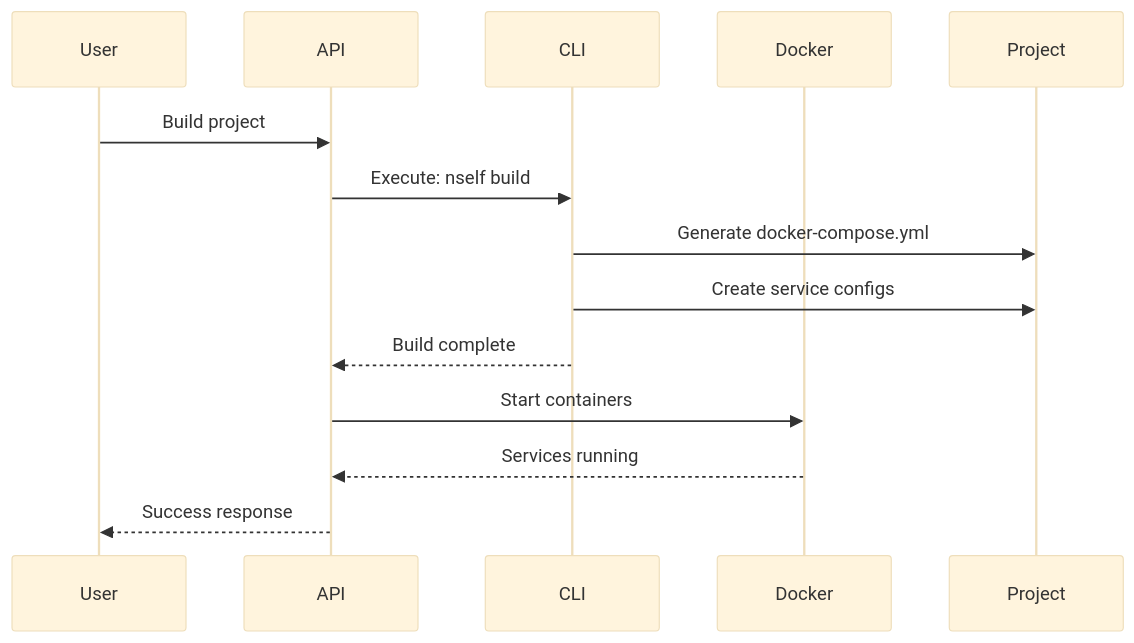
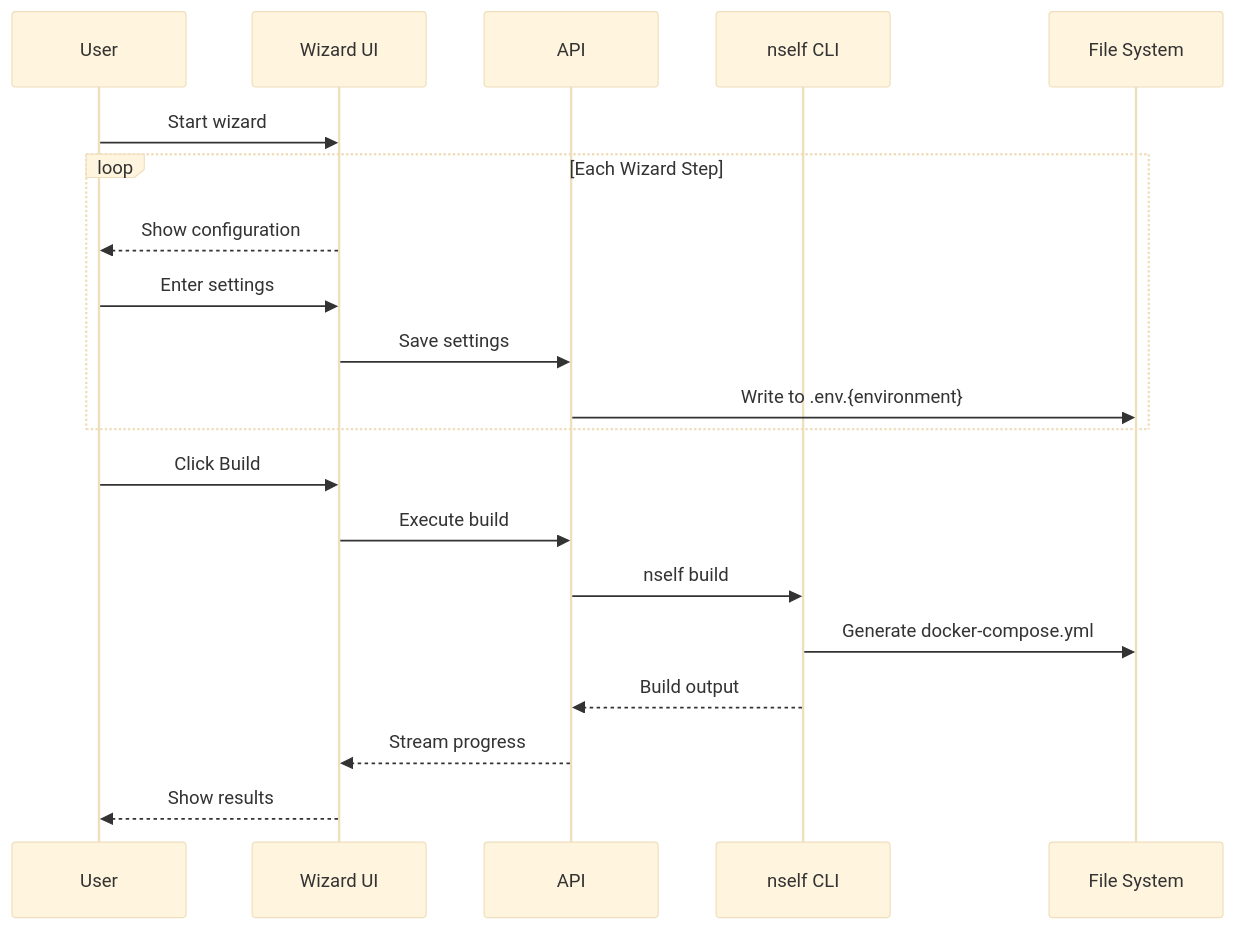
One commit to acamarata/nself-admin changed the third of 5 diagrams in docs/Architecture.md. Above: the diagram before and after it, drawn with Mermaid (base theme). The commit also changed other lines of this file and 9 other files, not shown here.

````diff
--- a/docs/Architecture.md
+++ b/docs/Architecture.md
@@ -157,17 +119,25 @@
 ```mermaid
 sequenceDiagram
     participant U as User
-    participant A as API
-    participant C as CLI
-    participant D as Docker
-    participant P as Project
+    participant W as Wizard UI
+    participant API as API
+    participant CLI as nself CLI
+    participant FS as File System
 
-    U->>A: Build project
-    A->>C: Execute: nself build
-    C->>P: Generate docker-compose.yml
-    C->>P: Create service configs
-    C-->>A: Build complete
-    A->>D: Start containers
-    D-->>A: Services running
-    A-->>U: Success response
+    U->>W: Start wizard
+
+    loop Each Wizard Step
+        W-->>U: Show configuration
+        U->>W: Enter settings
+        W->>API: Save settings
+        API->>FS: Write to .env.{environment}
+    end
+
+    U->>W: Click Build
+    W->>API: Execute build
+    API->>CLI: nself build
+    CLI->>FS: Generate docker-compose.yml
+    CLI-->>API: Build output
+    API-->>W: Stream progress
+    W-->>U: Show results
 ```
````
